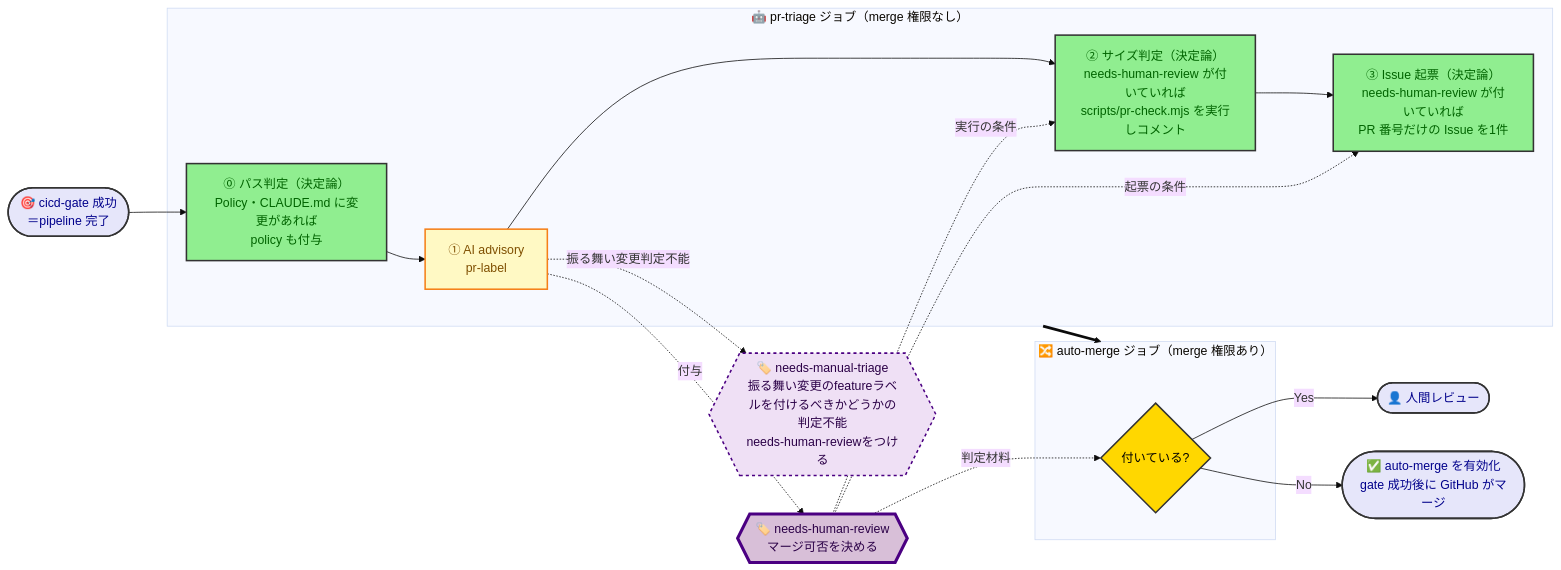
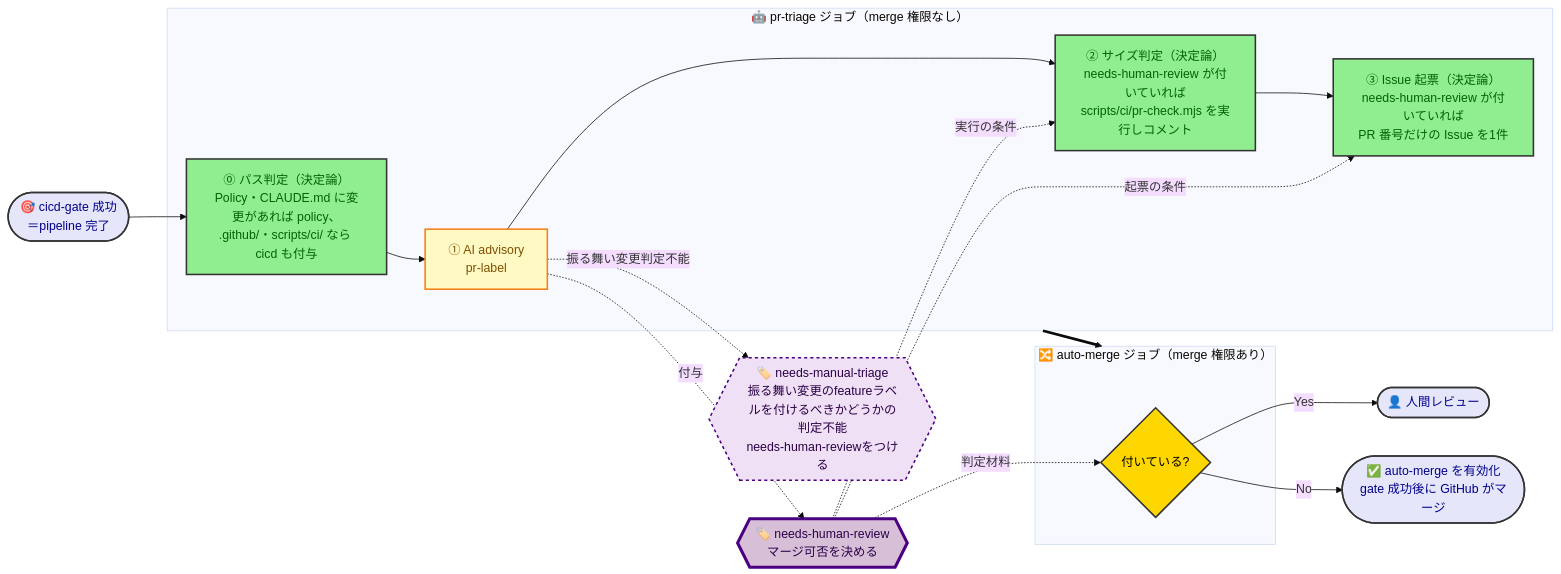
One commit to kasiopeiya/claude-dev-template changed the second of 4 diagrams in samples/docs/design/cicd-design.md. Above: the diagram before and after it, drawn with Mermaid (base theme).

Commit message:
docs: サンプルの CI/CD 設計書に cicd の決定論ラベルと pr-check の新パスを反映する (#1109)

````diff
--- a/samples/docs/design/cicd-design.md
+++ b/samples/docs/design/cicd-design.md
@@ -88,46 +88,46 @@
 ```mermaid
 flowchart LR
     Start([🎯 cicd-gate 成功<br/>＝pipeline 完了])
 
     subgraph Triage["🤖 pr-triage ジョブ（merge 権限なし）"]
-        Det["⓪ パス判定（決定論）<br/>Policy・CLAUDE.md に変更があれば<br/>policy も付与"]
+        Det["⓪ パス判定（決定論）<br/>Policy・CLAUDE.md に変更があれば policy、<br/>.github/・scripts/ci/ なら cicd も付与"]
         Ai["① AI advisory<br/>pr-label"]
-        Chk["② サイズ判定（決定論）<br/>needs-human-review が付いていれば<br/>scripts/pr-check.mjs を実行しコメント"]
+        Chk["② サイズ判定（決定論）<br/>needs-human-review が付いていれば<br/>scripts/ci/pr-check.mjs を実行しコメント"]
         Iss["③ Issue 起票（決定論）<br/>needs-human-review が付いていれば<br/>PR 番号だけの Issue を1件"]
         Det --> Ai --> Chk --> Iss
     end
 
     Label{{"🏷️ needs-human-review<br/>マージ可否を決める"}}
     Triage2{{"🏷️ needs-manual-triage<br/>振る舞い変更のfeatureラベルを付けるべきかどうかの判定不能<br/>needs-human-reviewをつける"}}
 
     subgraph AutoJob["🔀 auto-merge ジョブ（merge 権限あり）"]
         Judge{付いている?}
     end
 
     Human([👤 人間レビュー])
     Merged([✅ auto-merge を有効化<br/>gate 成功後に GitHub がマージ])
 
     Start --> Det
     Triage ==> AutoJob
     Ai -. 付与 .-> Label
     Ai -. 振る舞い変更判定不能 .-> Triage2
     Label -. 判定材料 .-> Judge
     Label -. 実行の条件 .-> Chk
     Label -. 起票の条件 .-> Iss
     Judge -->|Yes| Human
     Judge -->|No| Merged
 
     classDef startEnd fill:#E6E6FA,stroke:#333,stroke-width:2px,color:darkblue
     classDef process fill:#90EE90,stroke:#333,stroke-width:2px,color:darkgreen
     classDef decision fill:#FFD700,stroke:#333,stroke-width:2px,color:black
     classDef advisory fill:#FFF9C4,stroke:#F57F17,stroke-width:2px,color:#7f4f00
     classDef state fill:#D8BFD8,stroke:#4B0082,stroke-width:4px,color:#2b0047
     classDef substate fill:#EFE0F5,stroke:#4B0082,stroke-width:2px,stroke-dasharray: 4 4,color:#2b0047
 
     class Start,Human,Merged startEnd
     class Det,Chk,Iss process
     class Ai advisory
     class Judge decision
     class Label state
     class Triage2 substate
 ```
````
